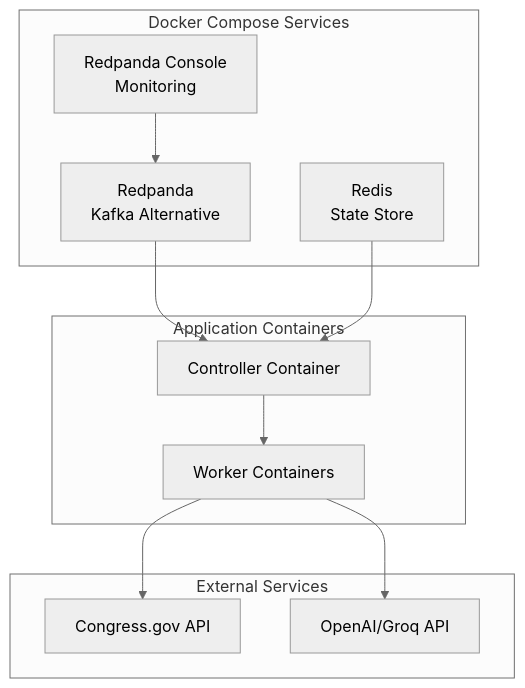
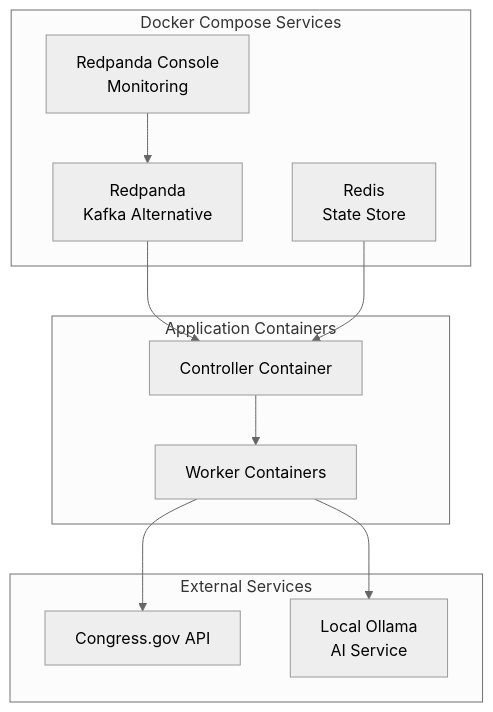
Before and after one commit to ronak4/Ronak-Raisingani-RAG: the sixth of 7 diagrams in Documentation/architecture.md, drawn with Mermaid (neutral theme). The commit also changed other lines of this file and 4 other files, not shown here.

````diff
--- a/Documentation/architecture.md
+++ b/Documentation/architecture.md
@@ -185,25 +189,25 @@
 ```mermaid
 graph TB
     subgraph "Docker Compose Services"
         REDPANDA[Redpanda<br/>Kafka Alternative]
         REDIS[Redis<br/>State Store]
         CONSOLE[Redpanda Console<br/>Monitoring]
     end
     
     subgraph "Application Containers"
         CONTROLLER[Controller Container]
         WORKERS[Worker Containers]
     end
     
     subgraph "External Services"
         CONGRESS[Congress.gov API]
-        OPENAI[OpenAI/Groq API]
+        OLLAMA[Local Ollama<br/>AI Service]
     end
     
     REDPANDA --> CONTROLLER
     REDIS --> CONTROLLER
     CONSOLE --> REDPANDA
     CONTROLLER --> WORKERS
     WORKERS --> CONGRESS
-    WORKERS --> OPENAI
+    WORKERS --> OLLAMA
 ```
````
